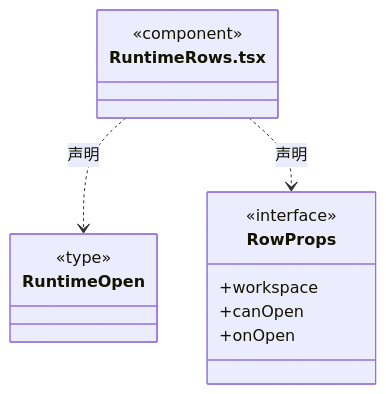
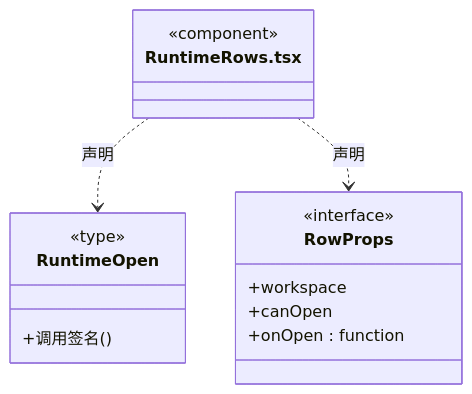
The eighth of 11 diagrams in src/view/runtime/ARCHITECTURE.md (nan023062/cbim), drawn with Mermaid before and after one commit. The commit also changed other lines of this file and 137 other files, not shown here.

Commit message:
fix: align architecture generator with documentation standards

````diff
--- a/src/view/runtime/ARCHITECTURE.md
+++ b/src/view/runtime/ARCHITECTURE.md
@@ -208,18 +218,18 @@
 ```mermaid
 classDiagram
 class N_src_view_runtime_RuntimeRows_tsx["RuntimeRows.tsx"] {
   <<component>>
 }
 class N_src_view_runtime_RuntimeRows_tsx_RuntimeOpen["RuntimeOpen"] {
   <<type>>
-
+  +调用签名()
 }
 N_src_view_runtime_RuntimeRows_tsx ..> N_src_view_runtime_RuntimeRows_tsx_RuntimeOpen : 声明
 class N_src_view_runtime_RuntimeRows_tsx_RowProps["RowProps"] {
   <<interface>>
   +workspace
   +canOpen
-  +onOpen
+  +onOpen : function
 }
 N_src_view_runtime_RuntimeRows_tsx ..> N_src_view_runtime_RuntimeRows_tsx_RowProps : 声明
 ```
````
